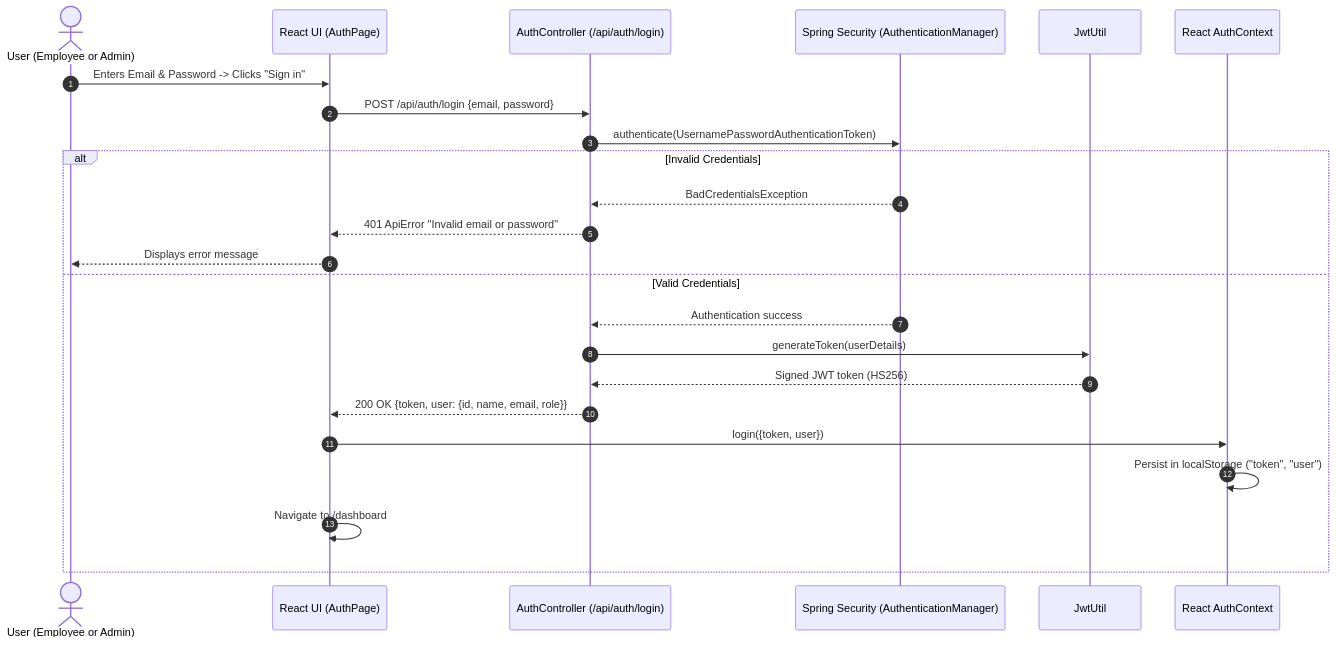
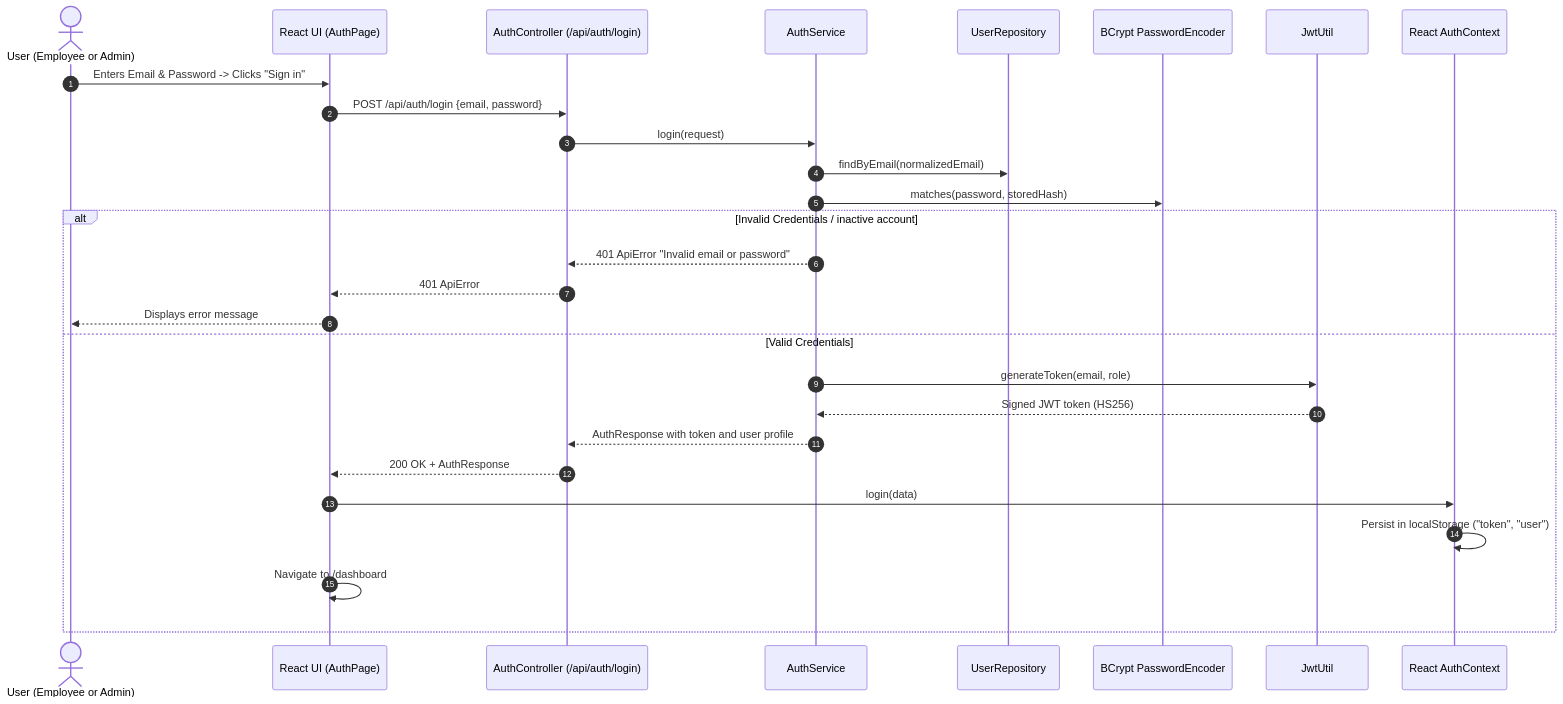
One commit to RishabhGitHubMG/leave-management-system changed the second of 4 diagrams in SYSTEM_FLOW.md. Above: the diagram before and after it, drawn with Mermaid. The commit also changed other lines of this file and 3 other files, not shown here.

````diff
--- a/SYSTEM_FLOW.md
+++ b/SYSTEM_FLOW.md
@@ -97,27 +97,31 @@
 ```mermaid
 sequenceDiagram
     autonumber
     actor User as User (Employee or Admin)
     participant UI as React UI (AuthPage)
     participant API as AuthController (/api/auth/login)
-    participant Sec as Spring Security (AuthenticationManager)
+    participant Service as AuthService
+    participant UserRepo as UserRepository
+    participant Encoder as BCrypt PasswordEncoder
     participant JWT as JwtUtil
     participant Context as React AuthContext
 
     User->>UI: Enters Email & Password -> Clicks "Sign in"
     UI->>API: POST /api/auth/login {email, password}
-    API->>Sec: authenticate(UsernamePasswordAuthenticationToken)
-    alt Invalid Credentials
-        Sec-->>API: BadCredentialsException
-        API-->>UI: 401 ApiError "Invalid email or password"
+    API->>Service: login(request)
+    Service->>UserRepo: findByEmail(normalizedEmail)
+    Service->>Encoder: matches(password, storedHash)
+    alt Invalid Credentials / inactive account
+        Service-->>API: 401 ApiError "Invalid email or password"
+        API-->>UI: 401 ApiError
         UI-->>User: Displays error message
     else Valid Credentials
-        Sec-->>API: Authentication success
-        API->>JWT: generateToken(userDetails)
-        JWT-->>API: Signed JWT token (HS256)
-        API-->>UI: 200 OK {token, user: {id, name, email, role}}
-        UI->>Context: login({token, user})
+        Service->>JWT: generateToken(email, role)
+        JWT-->>Service: Signed JWT token (HS256)
+        Service-->>API: AuthResponse with token and user profile
+        API-->>UI: 200 OK + AuthResponse
+        UI->>Context: login(data)
         Context->>Context: Persist in localStorage ("token", "user")
         UI->>UI: Navigate to /dashboard
     end
 ```
````
